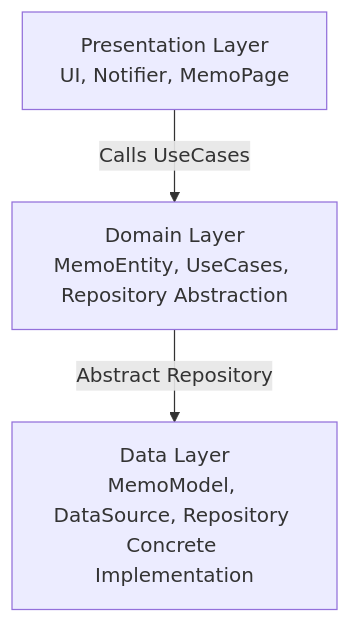
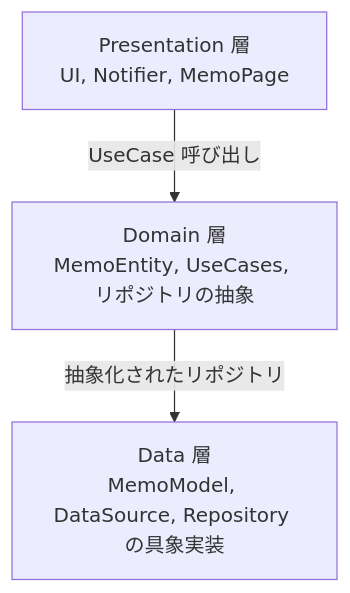
One commit to ishii-kanade/ishii-kanade.github.io changed the diagram in _posts/2025-01-19-flutter-clean-architecture.markdown. Above: the diagram before and after it, drawn with Mermaid. The commit also changed other lines of this file, not shown here.

```diff
--- a/_posts/2025-01-19-flutter-clean-architecture.markdown
+++ b/_posts/2025-01-19-flutter-clean-architecture.markdown
@@ -37,9 +35,9 @@
 <div class="mermaid">
     graph TD
-        A[Presentation Layer<br/>UI, Notifier, MemoPage]
-        B[Domain Layer<br/>MemoEntity, UseCases, Repository Abstraction]
-        C[Data Layer<br/>MemoModel, DataSource, Repository Concrete Implementation]
+        A[Presentation 層<br/>UI, Notifier, MemoPage]
+        B[Domain 層<br/>MemoEntity, UseCases, リポジトリの抽象]
+        C[Data 層<br/>MemoModel, DataSource, Repository の具象実装]
 
-        A -->|Calls UseCases| B
-        B -->|Abstract Repository| C
+        A -->|UseCase 呼び出し| B
+        B -->|抽象化されたリポジトリ| C
 </div>
```
